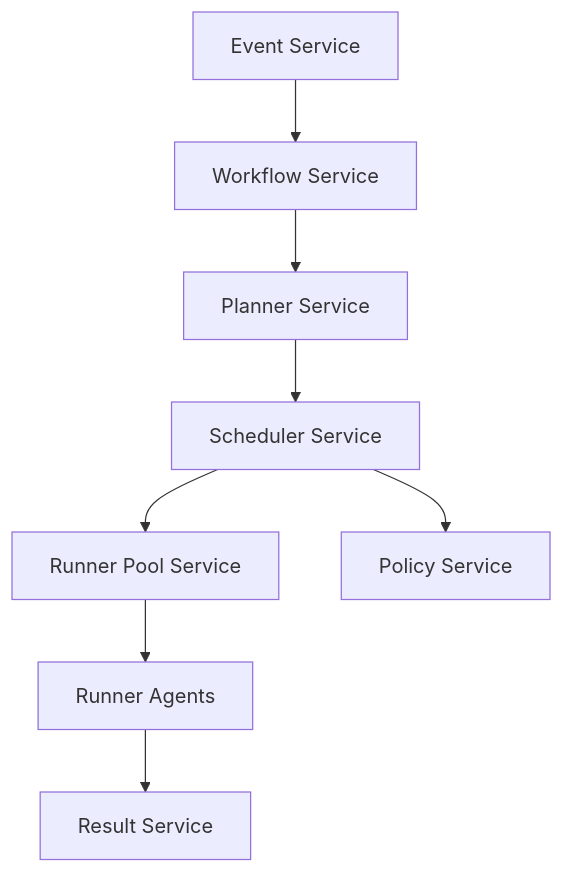
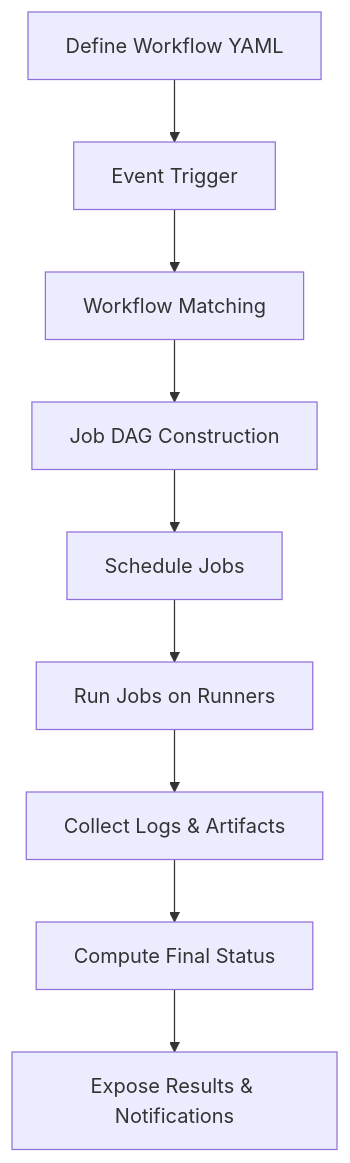
Diagram 13 of 21 in Composite/S02-CompositeBuildGraph/case-studies/GitHub-Actions.md (VishuKalier2003/System-Design-Components), drawn with Mermaid before and after one commit. The commit also changed other lines of this file, not shown here.

````diff
--- a/Composite/S02-CompositeBuildGraph/case-studies/GitHub-Actions.md
+++ b/Composite/S02-CompositeBuildGraph/case-studies/GitHub-Actions.md
@@ -535,10 +402,11 @@
 ```mermaid
-graph TD
-    EVS[Event Service] --> WFS[Workflow Service]
-    WFS --> PLS[Planner Service]
-    PLS --> SCS[Scheduler Service]
-    SCS --> RPS[Runner Pool Service]
-    RPS --> RUN[Runner Agents]
-    RUN --> RSLT[Result Service]
-    SCS --> POLS[Policy Service]
+flowchart TD
+    A[Define Workflow YAML] --> B[Event Trigger]
+    B --> C[Workflow Matching]
+    C --> D[Job DAG Construction]
+    D --> E[Schedule Jobs]
+    E --> F[Run Jobs on Runners]
+    F --> G[Collect Logs & Artifacts]
+    G --> H[Compute Final Status]
+    H --> I[Expose Results & Notifications]
 ```
````
